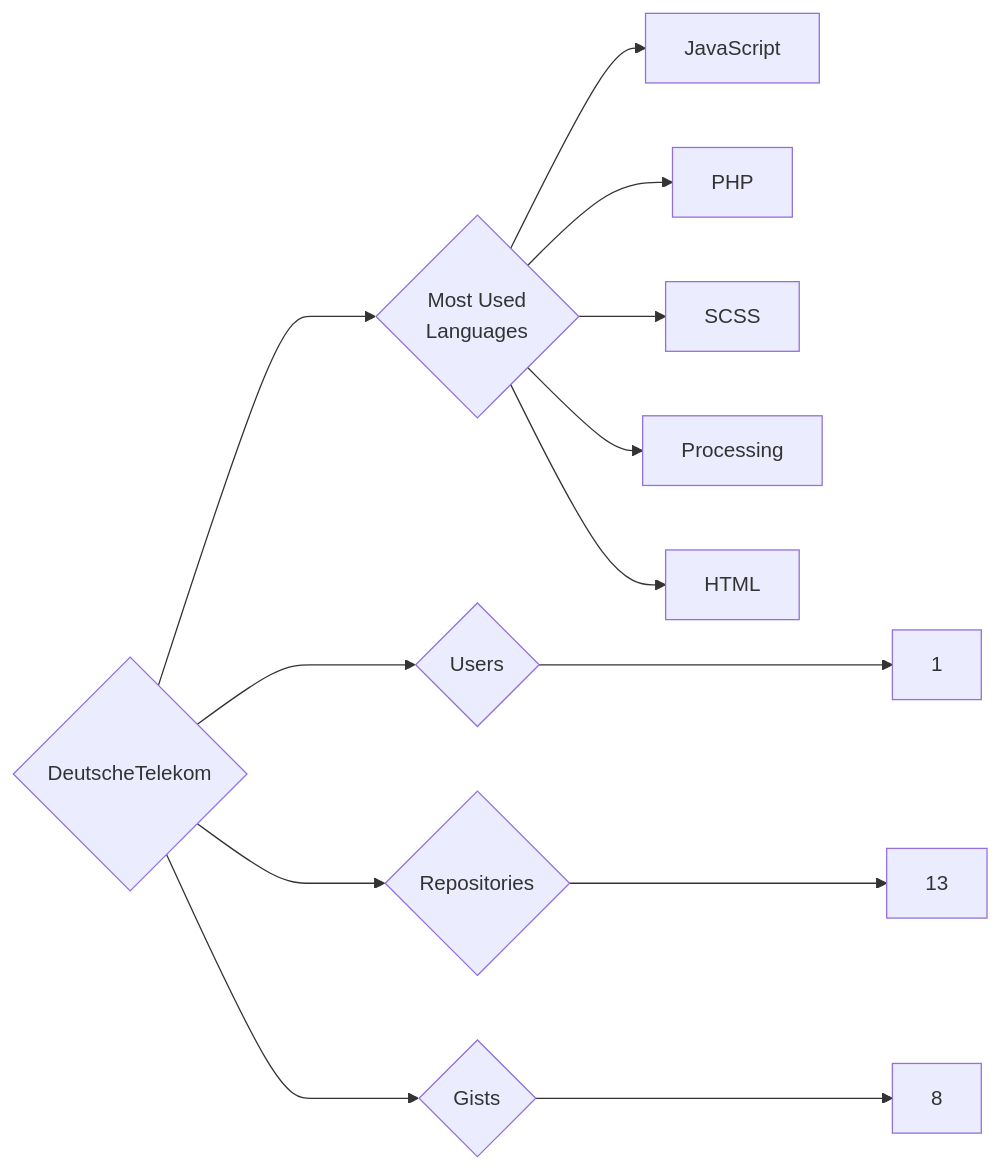
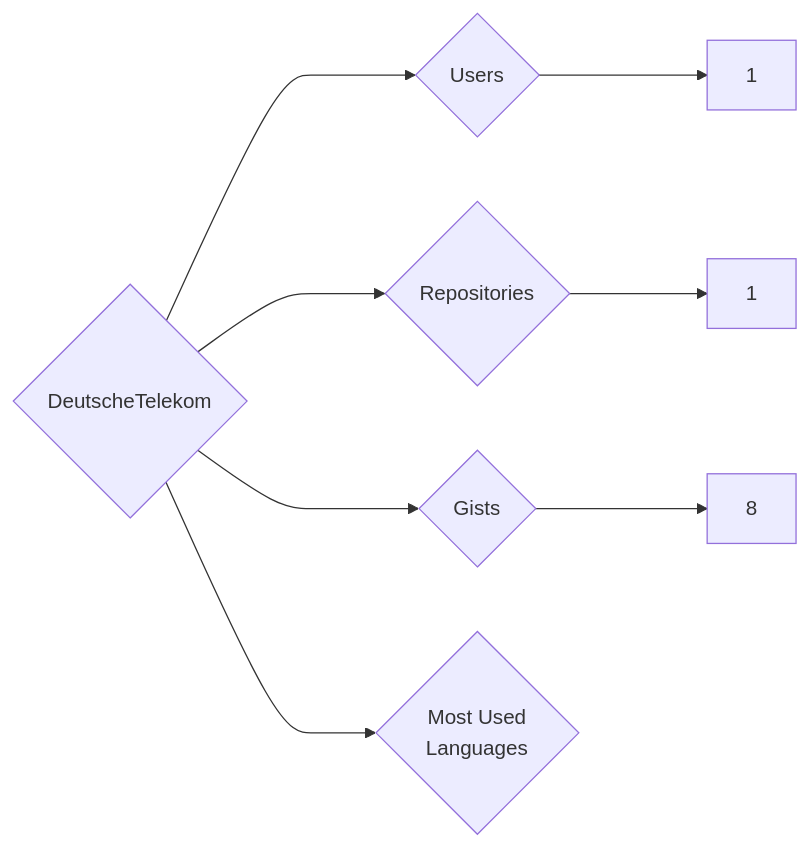
The diagram in targets/DeutscheTelekom/README.md (trickest/insiders), drawn with Mermaid before and after one commit. The commit also changed 815 other files, not shown here.

````diff
--- a/targets/DeutscheTelekom/README.md
+++ b/targets/DeutscheTelekom/README.md
@@ -3,13 +3,8 @@
 ```mermaid
 graph LR
 COMPANY_NAME{DeutscheTelekom}
 COMPANY_NAME ---> U{Users} ---> UN[1]
-COMPANY_NAME ---> R{Repositories} ---> RN[13]
+COMPANY_NAME ---> R{Repositories} ---> RN[1]
 COMPANY_NAME ---> G{Gists} ---> GN[8]
 COMPANY_NAME ---> ML{Most Used<br>Languages}
-ML --> JavaScript[JavaScript]
-ML --> PHP[PHP]
-ML --> SCSS[SCSS]
-ML --> Processing[Processing]
-ML --> HTML[HTML]
 ```
````
